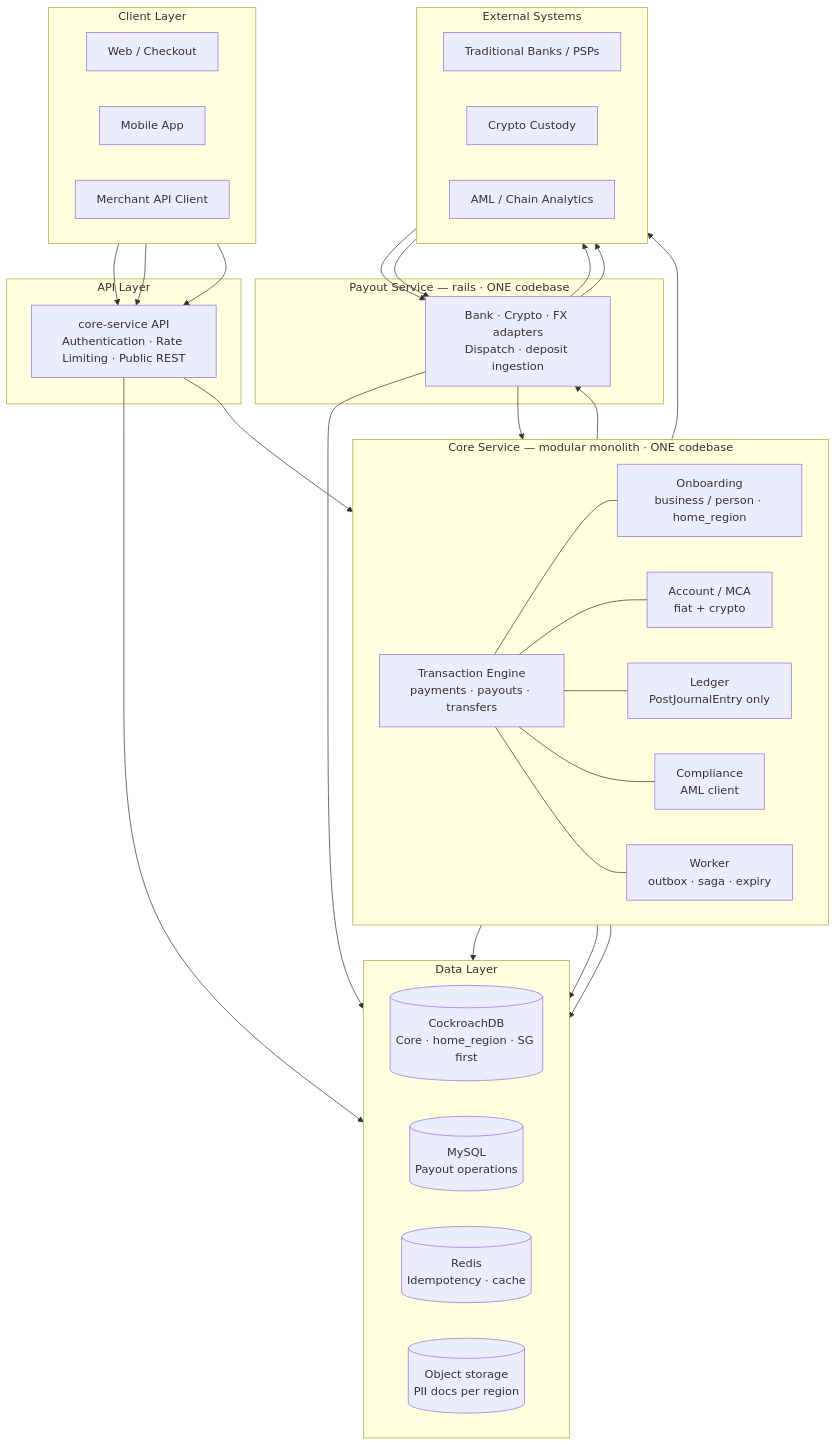
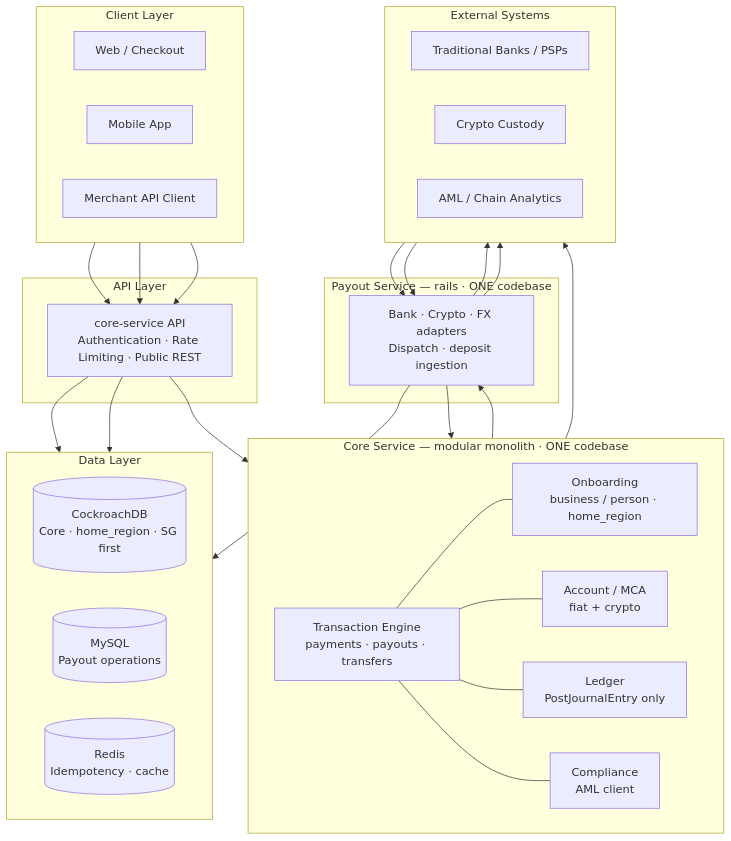
One commit to Aibier/Aibier changed the diagram in README.md. Above: the diagram before and after it, drawn with Mermaid.

Commit message:
docs: simplify architecture data edges
Core API owns CockroachDB (+ Redis); Payout Service owns MySQL only.
Drop worker and extra data-transition edges from the profile diagram.

````diff
--- a/README.md
+++ b/README.md
@@ -117,65 +117,60 @@
 ```mermaid
 flowchart TB
   subgraph CL["Client Layer"]
     direction LR
     WEB["Web / Checkout"]
     MOB["Mobile App"]
     API_C["Merchant API Client"]
   end
 
   subgraph AL["API Layer"]
     GW["core-service API<br/>Authentication · Rate Limiting · Public REST"]
   end
 
   subgraph CS["Core Service — modular monolith · ONE codebase"]
     direction TB
     CORE["Transaction Engine<br/>payments · payouts · transfers"]
     direction LR
     ONB["Onboarding<br/>business / person · home_region"]
     ACC["Account / MCA<br/>fiat + crypto"]
     LED["Ledger<br/>PostJournalEntry only"]
     CMP["Compliance<br/>AML client"]
-    WRK["Worker<br/>outbox · saga · expiry"]
     CORE --- ONB
     CORE --- ACC
     CORE --- LED
     CORE --- CMP
-    CORE --- WRK
   end
 
   subgraph PS["Payout Service — rails · ONE codebase"]
     PAY["Bank · Crypto · FX adapters<br/>Dispatch · deposit ingestion"]
   end
 
   subgraph EXT["External Systems"]
     direction LR
     BANK["Traditional Banks / PSPs"]
     CRY["Crypto Custody"]
     AMLV["AML / Chain Analytics"]
   end
 
   subgraph DL["Data Layer"]
     direction LR
     CRDB[("CockroachDB<br/>Core · home_region · SG first")]
     MY[("MySQL<br/>Payout operations")]
     RD[("Redis<br/>Idempotency · cache")]
-    DOCS[("Object storage<br/>PII docs per region")]
   end
 
   WEB --> GW
   MOB --> GW
   API_C --> GW
   GW --> CORE
   CORE --> PAY
   PAY --> CORE
   CMP --> AMLV
   PAY --> BANK
   PAY --> CRY
   CRY --> PAY
   BANK --> PAY
-  CORE --> CRDB
-  WRK --> CRDB
+  GW --> CRDB
   PAY --> MY
   GW --> RD
-  ONB --> DOCS
 ```
````
